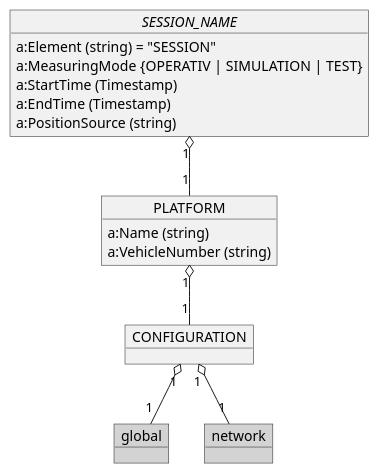
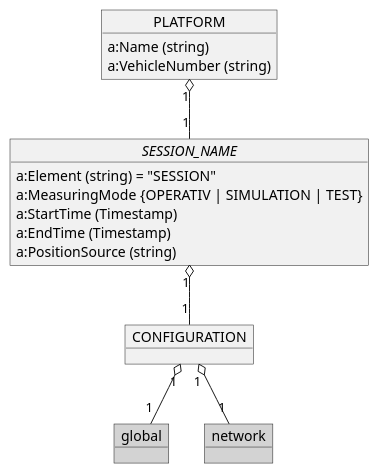
One commit to OpenRailAssociation/rcm-dx changed the fifth of 9 diagrams in images/RCM-DX_images.puml. Above: the diagram before and after it, drawn with PlantUML. The commit also changed 2 other files, not shown here.

```diff
--- a/images/RCM-DX_images.puml
+++ b/images/RCM-DX_images.puml
@@ -321,25 +321,25 @@
 @startuml RCM_DX_Platform_overview
 
   object "//SESSION_NAME//" as session_name {
     a:Element (string) = "SESSION"
     a:MeasuringMode {OPERATIV | SIMULATION | TEST}
     a:StartTime (Timestamp)
     a:EndTime (Timestamp)
     a:PositionSource (string)
   }
 
   object PLATFORM {
     a:Name (string)
     a:VehicleNumber (string)
   }
 
   object CONFIGURATION
   object global #LightGray
   object network #LightGray
 
-  session_name "1" o-- "1" PLATFORM
-  PLATFORM "1" o-- "1" CONFIGURATION
+  PLATFORM "1" o-- "1" session_name
+  session_name "1" o-- "1" CONFIGURATION
   CONFIGURATION "1" o-- "1" global
   CONFIGURATION "1" o-- "1" network
 
 @enduml
```
